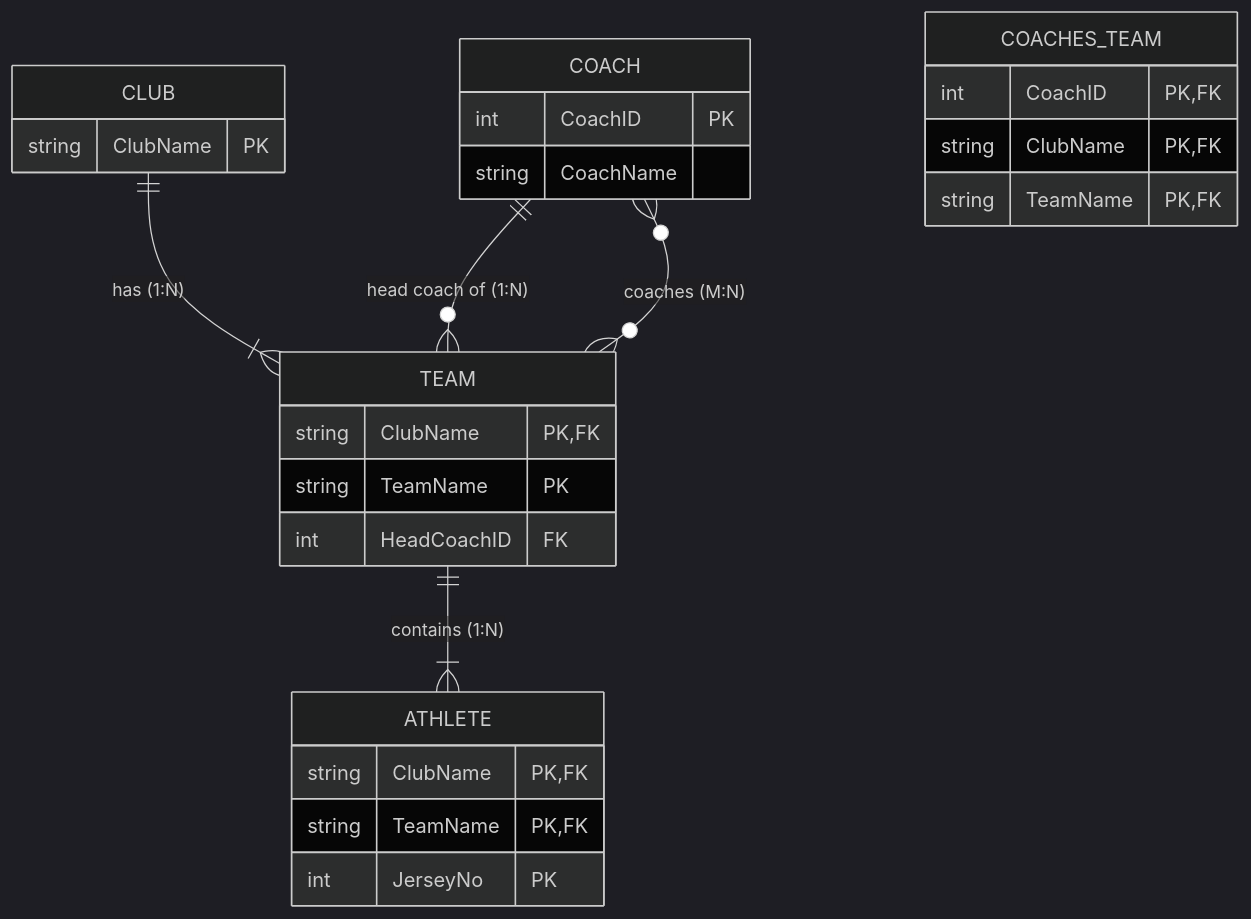
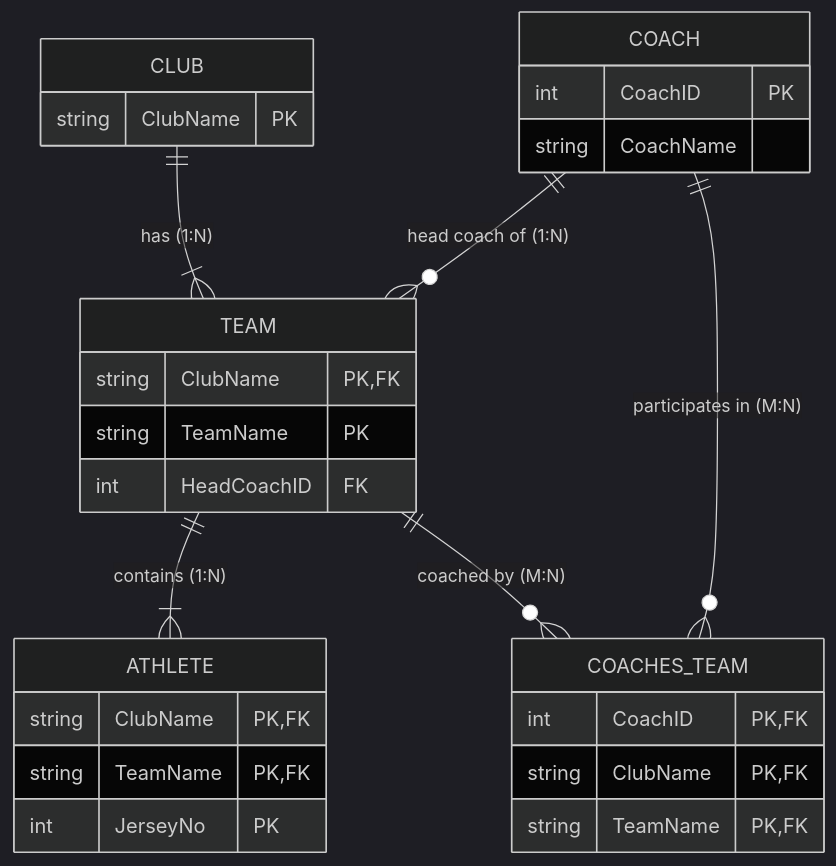
One commit to nguyendinhthienloc/APCS changed the second of 2 diagrams in Year2_Term3/CS486 - Introduction to Database Systems/Final Review/Mock_Test_1_ER.md. Above: the diagram before and after it, drawn with Mermaid (dark theme). The commit also changed other lines of this file and 16 other files, not shown here.

````diff
--- a/Year2_Term3/CS486 - Introduction to Database Systems/Final Review/Mock_Test_1_ER.md
+++ b/Year2_Term3/CS486 - Introduction to Database Systems/Final Review/Mock_Test_1_ER.md
@@ -3,34 +81,35 @@
 ```mermaid
 erDiagram
     CLUB ||--|{ TEAM : "has (1:N)"
     TEAM ||--|{ ATHLETE : "contains (1:N)"
     COACH ||--o{ TEAM : "head coach of (1:N)"
-    COACH }o--o{ TEAM : "coaches (M:N)"
+    COACH ||--o{ COACHES_TEAM : "participates in (M:N)"
+    TEAM ||--o{ COACHES_TEAM : "coached by (M:N)"
 
     CLUB {
         string ClubName PK
     }
 
     TEAM {
         string ClubName PK, FK
         string TeamName PK
         int HeadCoachID FK
     }
 
     ATHLETE {
         string ClubName PK, FK
         string TeamName PK, FK
         int JerseyNo PK
     }
 
     COACH {
         int CoachID PK
         string CoachName
     }
 
     COACHES_TEAM {
         int CoachID PK, FK
         string ClubName PK, FK
         string TeamName PK, FK
     }
 ```
````
